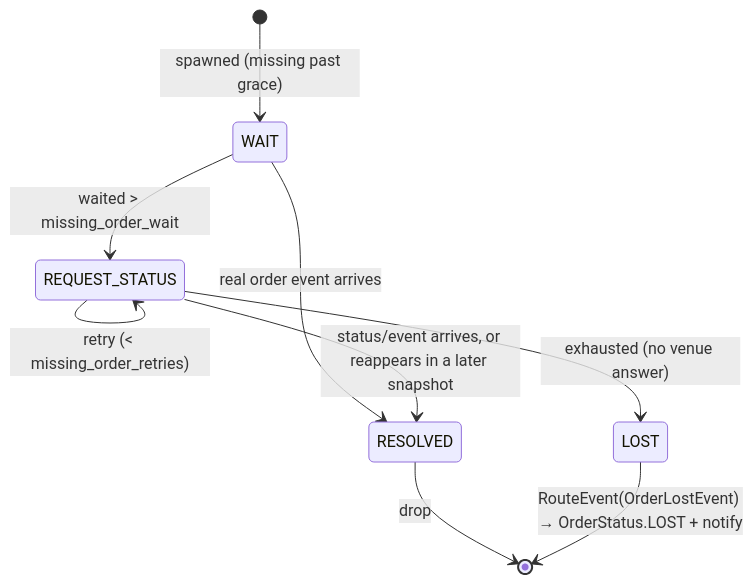
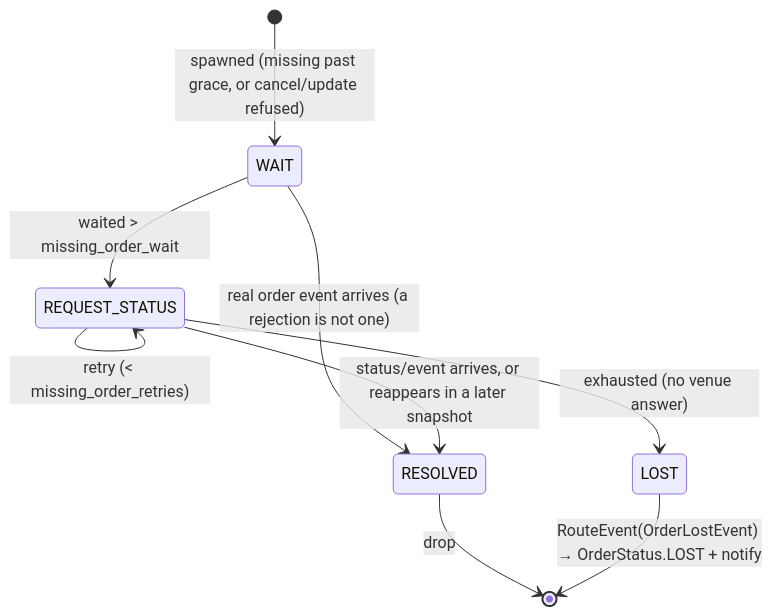
The second of 4 diagrams in docs/account-management/reconciliation-redesign.md (xLydianSoftware/Qubx), drawn with Mermaid before and after one commit. The commit also changed other lines of this file and 4 other files, not shown here.

````diff
--- a/docs/account-management/reconciliation-redesign.md
+++ b/docs/account-management/reconciliation-redesign.md
@@ -263,11 +278,11 @@
 ```mermaid
 stateDiagram-v2
-    [*] --> WAIT: spawned (missing past grace)
+    [*] --> WAIT: spawned (missing past grace, or cancel/update refused)
     WAIT --> REQUEST_STATUS: waited > missing_order_wait
     REQUEST_STATUS --> REQUEST_STATUS: retry (< missing_order_retries)
-    WAIT --> RESOLVED: real order event arrives
+    WAIT --> RESOLVED: real order event arrives (a rejection is not one)
     REQUEST_STATUS --> RESOLVED: status/event arrives, or reappears in a later snapshot
     REQUEST_STATUS --> LOST: exhausted (no venue answer)
     RESOLVED --> [*]: drop
     LOST --> [*]: RouteEvent(OrderLostEvent) → OrderStatus.LOST + notify
 ```
````
